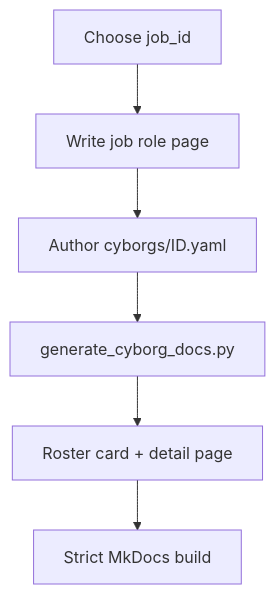
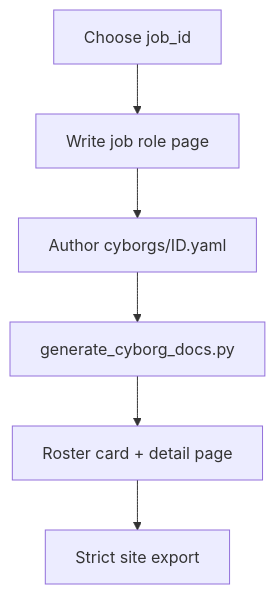
Before and after one commit to toxicoder/inkorporated: the diagram in docs/cyborgs/catalog.md, drawn with Mermaid. The commit also changed 7 other files, not shown here.

````diff
--- a/docs/cyborgs/catalog.md
+++ b/docs/cyborgs/catalog.md
@@ -35,8 +35,8 @@
 ```mermaid
 flowchart TD
   A[Choose job_id] --> B[Write job role page]
   B --> C[Author cyborgs/ID.yaml]
   C --> D[generate_cyborg_docs.py]
   D --> E[Roster card + detail page]
-  E --> F[Strict MkDocs build]
+  E --> F[Strict site export]
 ```
````
